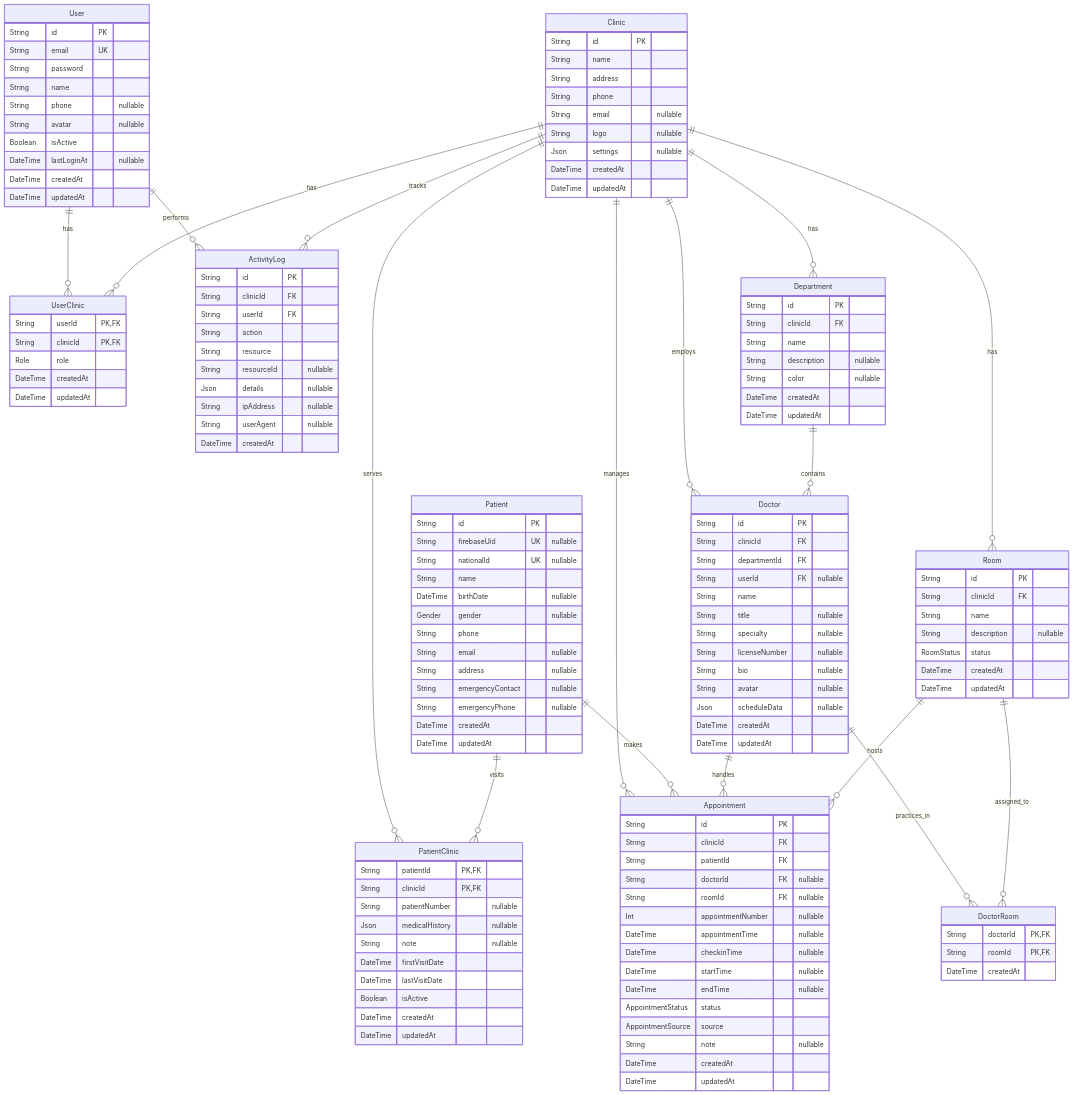
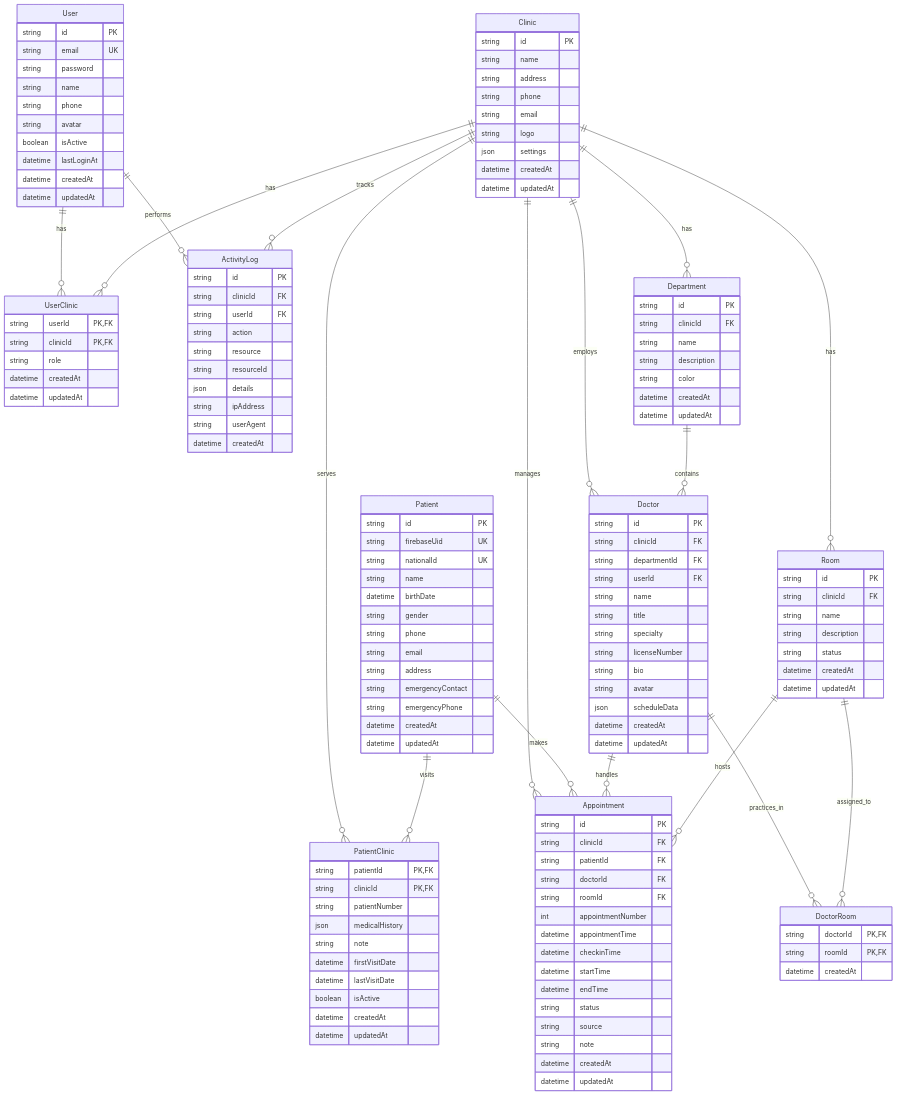
The first of 8 diagrams in README.md (cyan92128505/clinic_link), drawn with Mermaid before and after one commit.

````diff
--- a/README.md
+++ b/README.md
@@ -57,137 +57,137 @@
     Room ||--o{ Appointment : hosts
 
     User {
-        String id PK
-        String email UK
-        String password
-        String name
-        String phone "nullable"
-        String avatar "nullable"
-        Boolean isActive
-        DateTime lastLoginAt "nullable"
-        DateTime createdAt
-        DateTime updatedAt
+        string id PK
+        string email UK
+        string password
+        string name
+        string phone
+        string avatar
+        boolean isActive
+        datetime lastLoginAt
+        datetime createdAt
+        datetime updatedAt
     }
 
     Clinic {
-        String id PK
-        String name
-        String address
-        String phone
-        String email "nullable"
-        String logo "nullable"
-        Json settings "nullable"
-        DateTime createdAt
-        DateTime updatedAt
+        string id PK
+        string name
+        string address
+        string phone
+        string email
+        string logo
+        json settings
+        datetime createdAt
+        datetime updatedAt
     }
 
     UserClinic {
-        String userId PK,FK
-        String clinicId PK,FK
-        Role role
-        DateTime createdAt
-        DateTime updatedAt
+        string userId PK,FK
+        string clinicId PK,FK
+        string role
+        datetime createdAt
+        datetime updatedAt
     }
 
     Patient {
-        String id PK
-        String firebaseUid UK "nullable"
-        String nationalId UK "nullable"
-        String name
-        DateTime birthDate "nullable"
-        Gender gender "nullable"
-        String phone
-        String email "nullable"
-        String address "nullable"
-        String emergencyContact "nullable"
-        String emergencyPhone "nullable"
-        DateTime createdAt
-        DateTime updatedAt
+        string id PK
+        string firebaseUid UK
+        string nationalId UK
+        string name
+        datetime birthDate
+        string gender
+        string phone
+        string email
+        string address
+        string emergencyContact
+        string emergencyPhone
+        datetime createdAt
+        datetime updatedAt
     }
 
     PatientClinic {
-        String patientId PK,FK
-        String clinicId PK,FK
-        String patientNumber "nullable"
-        Json medicalHistory "nullable"
-        String note "nullable"
-        DateTime firstVisitDate
-        DateTime lastVisitDate
-        Boolean isActive
-        DateTime createdAt
-        DateTime updatedAt
+        string patientId PK,FK
+        string clinicId PK,FK
+        string patientNumber
+        json medicalHistory
+        string note
+        datetime firstVisitDate
+        datetime lastVisitDate
+        boolean isActive
+        datetime createdAt
+        datetime updatedAt
     }
 
     Department {
-        String id PK
-        String clinicId FK
-        String name
-        String description "nullable"
-        String color "nullable"
-        DateTime createdAt
-        DateTime updatedAt
+        string id PK
+        string clinicId FK
+        string name
+        string description
+        string color
+        datetime createdAt
+        datetime updatedAt
     }
 
     Doctor {
-        String id PK
-        String clinicId FK
-        String departmentId FK
-        String userId FK "nullable"
-        String name
-        String title "nullable"
-        String specialty "nullable"
-        String licenseNumber "nullable"
-        String bio "nullable"
-        String avatar "nullable"
-        Json scheduleData "nullable"
-        DateTime createdAt
-        DateTime updatedAt
+        string id PK
+        string clinicId FK
+        string departmentId FK
+        string userId FK
+        string name
+        string title
+        string specialty
+        string licenseNumber
+        string bio
+        string avatar
+        json scheduleData
+        datetime createdAt
+        datetime updatedAt
     }
 
     Room {
-        String id PK
-        String clinicId FK
-        String name
-        String description "nullable"
-        RoomStatus status
-        DateTime createdAt
-        DateTime updatedAt
+        string id PK
+        string clinicId FK
+        string name
+        string description
+        string status
+        datetime createdAt
+        datetime updatedAt
     }
 
     DoctorRoom {
-        String doctorId PK,FK
-        String roomId PK,FK
-        DateTime createdAt
+        string doctorId PK,FK
+        string roomId PK,FK
+        datetime createdAt
     }
 
     Appointment {
-        String id PK
-        String clinicId FK
-        String patientId FK
-        String doctorId FK "nullable"
-        String roomId FK "nullable"
-        Int appointmentNumber "nullable"
-        DateTime appointmentTime "nullable"
-        DateTime checkinTime "nullable"
-        DateTime startTime "nullable"
-        DateTime endTime "nullable"
-        AppointmentStatus status
-        AppointmentSource source
-        String note "nullable"
-        DateTime createdAt
-        DateTime updatedAt
+        string id PK
+        string clinicId FK
+        string patientId FK
+        string doctorId FK
+        string roomId FK
+        int appointmentNumber
+        datetime appointmentTime
+        datetime checkinTime
+        datetime startTime
+        datetime endTime
+        string status
+        string source
+        string note
+        datetime createdAt
+        datetime updatedAt
     }
 
     ActivityLog {
-        String id PK
-        String clinicId FK
-        String userId FK
-        String action
-        String resource
-        String resourceId "nullable"
-        Json details "nullable"
-        String ipAddress "nullable"
-        String userAgent "nullable"
-        DateTime createdAt
+        string id PK
+        string clinicId FK
+        string userId FK
+        string action
+        string resource
+        string resourceId
+        json details
+        string ipAddress
+        string userAgent
+        datetime createdAt
     }
 ```
````
